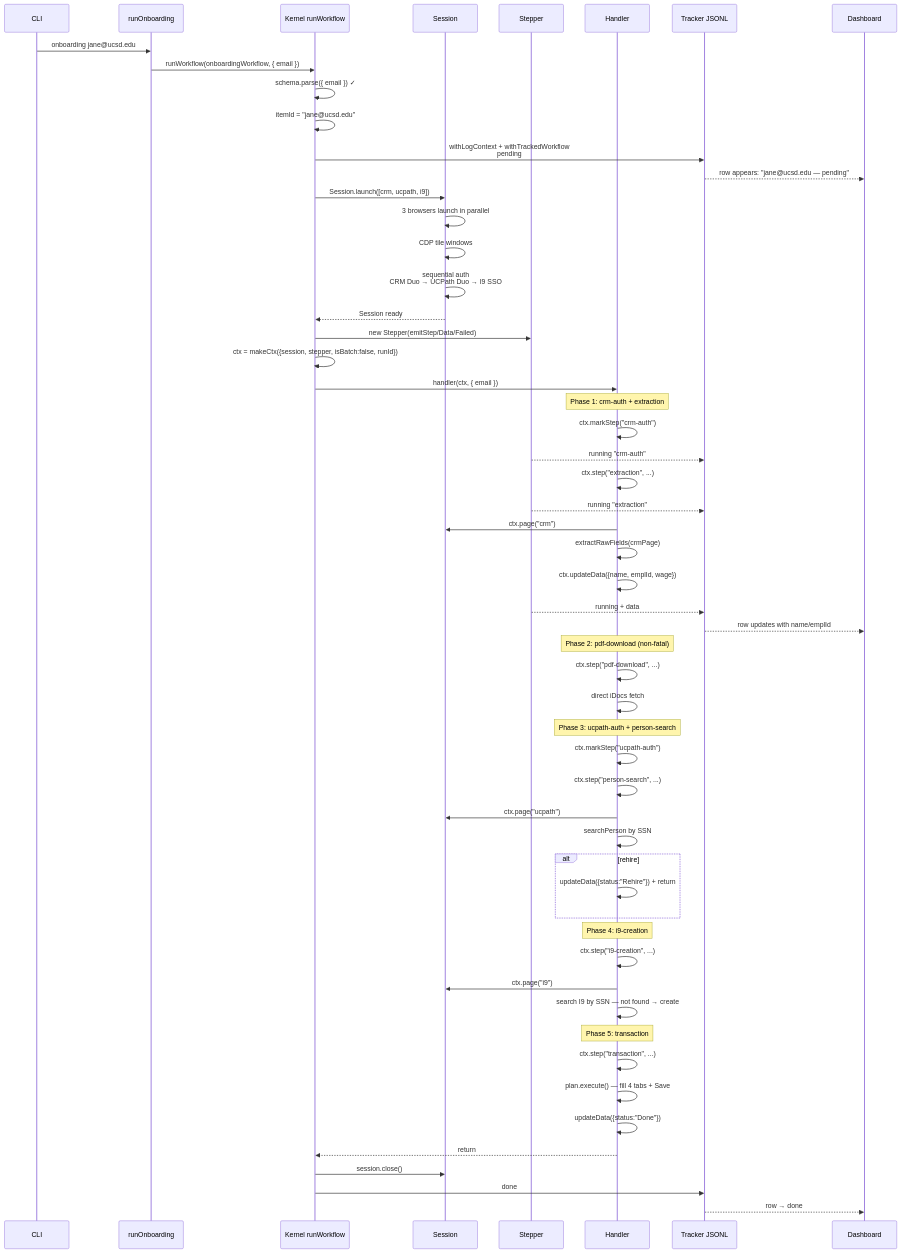
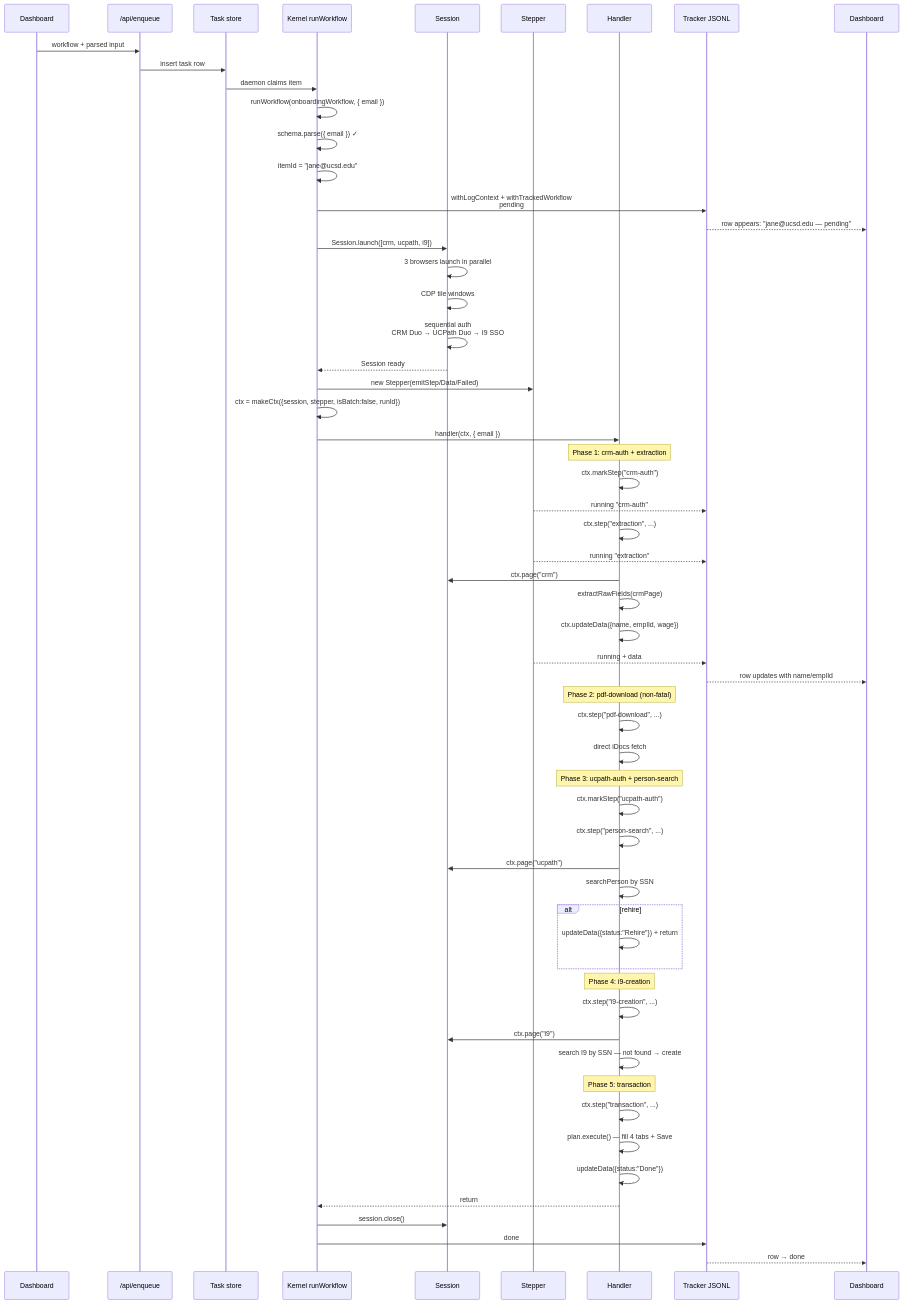
Before and after one commit to julianthant/hr-automation: diagram 16 of 16 in docs/engineering/architecture-deep-dive.md, drawn with Mermaid. The commit also changed other lines of this file and 70 other files, not shown here.

First line of the commit message:
wip: input-run dashboard refactor + OCR approval-signal scaffolding

````diff
--- a/docs/engineering/architecture-deep-dive.md
+++ b/docs/engineering/architecture-deep-dive.md
@@ -869,65 +874,68 @@
 ```mermaid
 sequenceDiagram
-    participant CLI
-    participant RUN as runOnboarding
+    participant DASH as Dashboard
+    participant API as /api/enqueue
+    participant Q as Task store
     participant K as Kernel runWorkflow
     participant SES as Session
     participant STP as Stepper
     participant H as Handler
     participant T as Tracker JSONL
     participant D as Dashboard
 
-    CLI->>RUN: onboarding jane@ucsd.edu
-    RUN->>K: runWorkflow(onboardingWorkflow, { email })
+    DASH->>API: workflow + parsed input
+    API->>Q: insert task row
+    Q->>K: daemon claims item
+    K->>K: runWorkflow(onboardingWorkflow, { email })
     K->>K: schema.parse({ email }) ✓
     K->>K: itemId = "jane@ucsd.edu"
     K->>T: withLogContext + withTrackedWorkflow<br/>pending
     T-->>D: row appears: "jane@ucsd.edu — pending"
     K->>SES: Session.launch([crm, ucpath, i9])
     SES->>SES: 3 browsers launch in parallel
     SES->>SES: CDP tile windows
     SES->>SES: sequential auth<br/>CRM Duo → UCPath Duo → I9 SSO
     SES-->>K: Session ready
     K->>STP: new Stepper(emitStep/Data/Failed)
     K->>K: ctx = makeCtx({session, stepper, isBatch:false, runId})
     K->>H: handler(ctx, { email })
 
     Note over H: Phase 1: crm-auth + extraction
     H->>H: ctx.markStep("crm-auth")
     STP-->>T: running "crm-auth"
     H->>H: ctx.step("extraction", ...)
     STP-->>T: running "extraction"
     H->>SES: ctx.page("crm")
     H->>H: extractRawFields(crmPage)
     H->>H: ctx.updateData({name, emplId, wage})
     STP-->>T: running + data
     T-->>D: row updates with name/emplId
 
     Note over H: Phase 2: pdf-download (non-fatal)
     H->>H: ctx.step("pdf-download", ...)
     H->>H: direct iDocs fetch
 
     Note over H: Phase 3: ucpath-auth + person-search
     H->>H: ctx.markStep("ucpath-auth")
     H->>H: ctx.step("person-search", ...)
     H->>SES: ctx.page("ucpath")
     H->>H: searchPerson by SSN
     alt rehire
         H->>H: updateData({status:"Rehire"}) + return
     end
 
     Note over H: Phase 4: i9-creation
     H->>H: ctx.step("i9-creation", ...)
     H->>SES: ctx.page("i9")
     H->>H: search I9 by SSN — not found → create
 
     Note over H: Phase 5: transaction
     H->>H: ctx.step("transaction", ...)
     H->>H: plan.execute() — fill 4 tabs + Save
     H->>H: updateData({status:"Done"})
 
     H-->>K: return
     K->>SES: session.close()
     K->>T: done
     T-->>D: row → done
 ```
````
